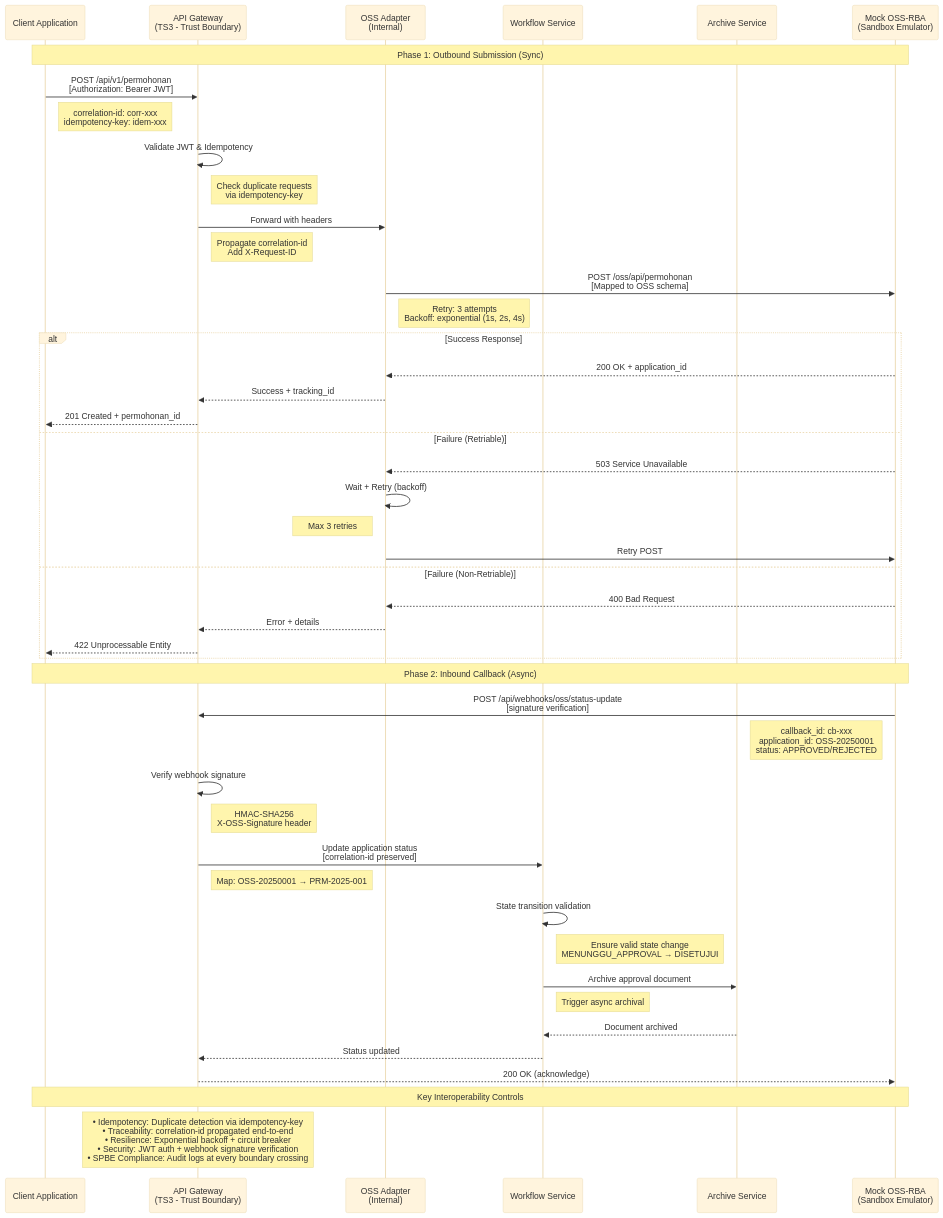
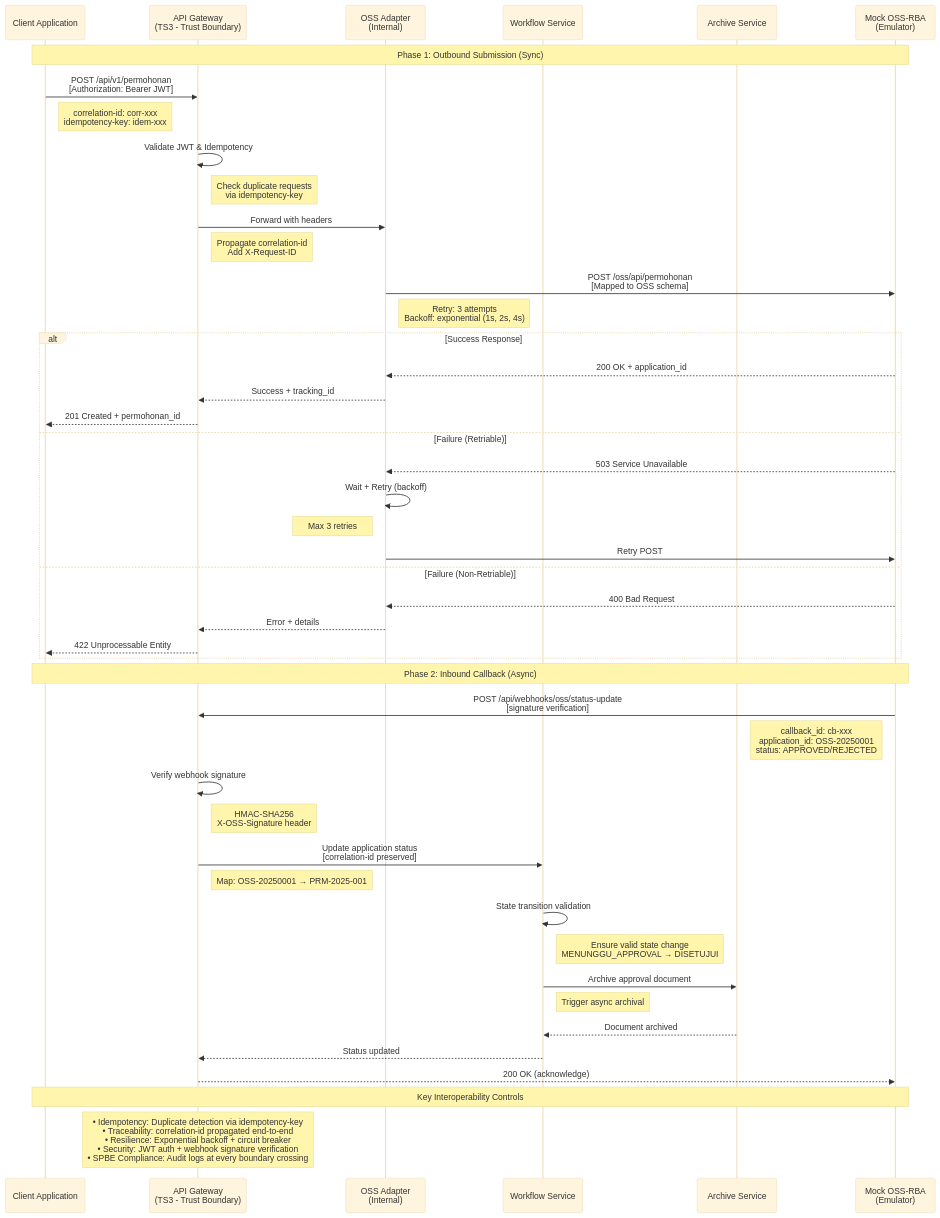
The second of 2 diagrams in interoperability-test-results-2025-12-22.md (jonasbanurea/Elicensing-Platform-Microservices), drawn with Mermaid (base theme) before and after one commit. The commit also changed other lines of this file, not shown here.

````diff
--- a/interoperability-test-results-2025-12-22.md
+++ b/interoperability-test-results-2025-12-22.md
@@ -207,62 +207,62 @@
 ```mermaid
 sequenceDiagram
     participant Client as Client Application
     participant Gateway as API Gateway<br/>(TS3 - Trust Boundary)
     participant OSS_Adapter as OSS Adapter<br/>(Internal)
     participant Workflow as Workflow Service
     participant Archive as Archive Service
-    participant OSS_Emulator as Mock OSS-RBA<br/>(Sandbox Emulator)
+    participant OSS_Emulator as Mock OSS-RBA<br/>(Emulator)
     
     Note over Client,OSS_Emulator: Phase 1: Outbound Submission (Sync)
     
     Client->>Gateway: POST /api/v1/permohonan<br/>[Authorization: Bearer JWT]
     Note right of Client: correlation-id: corr-xxx<br/>idempotency-key: idem-xxx
     
     Gateway->>Gateway: Validate JWT & Idempotency
     Note right of Gateway: Check duplicate requests<br/>via idempotency-key
     
     Gateway->>OSS_Adapter: Forward with headers
     Note right of Gateway: Propagate correlation-id<br/>Add X-Request-ID
     
     OSS_Adapter->>OSS_Emulator: POST /oss/api/permohonan<br/>[Mapped to OSS schema]
     Note right of OSS_Adapter: Retry: 3 attempts<br/>Backoff: exponential (1s, 2s, 4s)
     
     alt Success Response
         OSS_Emulator-->>OSS_Adapter: 200 OK + application_id
         OSS_Adapter-->>Gateway: Success + tracking_id
         Gateway-->>Client: 201 Created + permohonan_id
     else Failure (Retriable)
         OSS_Emulator-->>OSS_Adapter: 503 Service Unavailable
         OSS_Adapter->>OSS_Adapter: Wait + Retry (backoff)
         Note left of OSS_Adapter: Max 3 retries
         OSS_Adapter->>OSS_Emulator: Retry POST
     else Failure (Non-Retriable)
         OSS_Emulator-->>OSS_Adapter: 400 Bad Request
         OSS_Adapter-->>Gateway: Error + details
         Gateway-->>Client: 422 Unprocessable Entity
     end
     
     Note over Client,OSS_Emulator: Phase 2: Inbound Callback (Async)
     
     OSS_Emulator->>Gateway: POST /api/webhooks/oss/status-update<br/>[signature verification]
     Note left of OSS_Emulator: callback_id: cb-xxx<br/>application_id: OSS-20250001<br/>status: APPROVED/REJECTED
     
     Gateway->>Gateway: Verify webhook signature
     Note right of Gateway: HMAC-SHA256<br/>X-OSS-Signature header
     
     Gateway->>Workflow: Update application status<br/>[correlation-id preserved]
     Note right of Gateway: Map: OSS-20250001 → PRM-2025-001
     
     Workflow->>Workflow: State transition validation
     Note right of Workflow: Ensure valid state change<br/>MENUNGGU_APPROVAL → DISETUJUI
     
     Workflow->>Archive: Archive approval document
     Note right of Workflow: Trigger async archival
     
     Archive-->>Workflow: Document archived
     Workflow-->>Gateway: Status updated
     Gateway-->>OSS_Emulator: 200 OK (acknowledge)
     
     Note over Client,OSS_Emulator: Key Interoperability Controls
     Note over Gateway: • Idempotency: Duplicate detection via idempotency-key<br/>• Traceability: correlation-id propagated end-to-end<br/>• Resilience: Exponential backoff + circuit breaker<br/>• Security: JWT auth + webhook signature verification<br/>• SPBE Compliance: Audit logs at every boundary crossing
 ```
````
